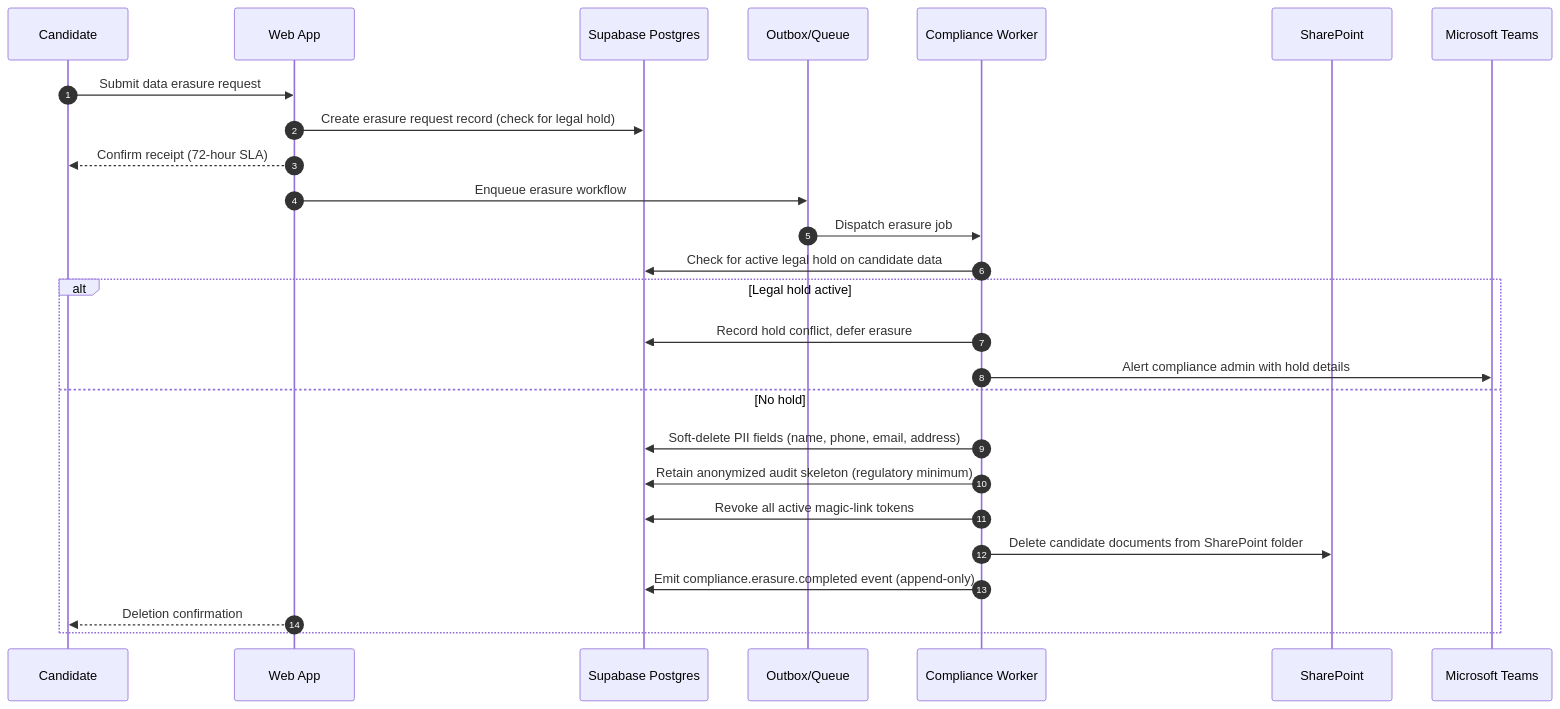
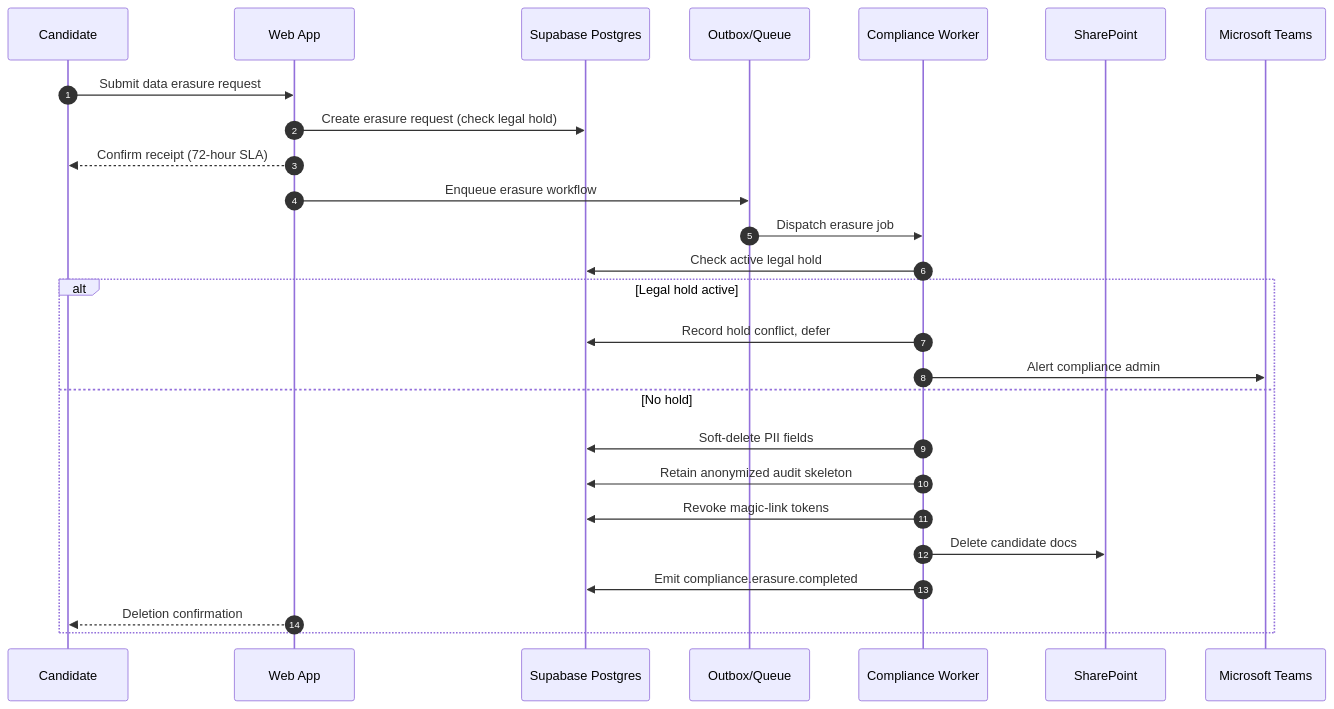
Before and after one commit to vivek-dataskate/CBLAeroApp: the fifth of 5 diagrams in _bmad-output/architecture.md, drawn with Mermaid. The commit also changed other lines of this file and 14 other files, not shown here.

Commit message:
docs(condense): shrink canonical docs ~49%, consolidate schema.sql from live DB, merge UI standards

````diff
--- a/_bmad-output/architecture.md
+++ b/_bmad-output/architecture.md
@@ -956,29 +382,28 @@
 ```mermaid
 sequenceDiagram
   autonumber
   participant C as Candidate
   participant W as Web App
   participant DB as Supabase Postgres
   participant Q as Outbox/Queue
   participant PY as Compliance Worker
   participant SP as SharePoint
   participant TM as Microsoft Teams
-
   C->>W: Submit data erasure request
-  W->>DB: Create erasure request record (check for legal hold)
+  W->>DB: Create erasure request (check legal hold)
   W-->>C: Confirm receipt (72-hour SLA)
   W->>Q: Enqueue erasure workflow
   Q->>PY: Dispatch erasure job
-  PY->>DB: Check for active legal hold on candidate data
+  PY->>DB: Check active legal hold
   alt Legal hold active
-    PY->>DB: Record hold conflict, defer erasure
-    PY->>TM: Alert compliance admin with hold details
+    PY->>DB: Record hold conflict, defer
+    PY->>TM: Alert compliance admin
   else No hold
-    PY->>DB: Soft-delete PII fields (name, phone, email, address)
-    PY->>DB: Retain anonymized audit skeleton (regulatory minimum)
-    PY->>DB: Revoke all active magic-link tokens
-    PY->>SP: Delete candidate documents from SharePoint folder
-    PY->>DB: Emit compliance.erasure.completed event (append-only)
+    PY->>DB: Soft-delete PII fields
+    PY->>DB: Retain anonymized audit skeleton
+    PY->>DB: Revoke magic-link tokens
+    PY->>SP: Delete candidate docs
+    PY->>DB: Emit compliance.erasure.completed
     W-->>C: Deletion confirmation
   end
 ```
````
